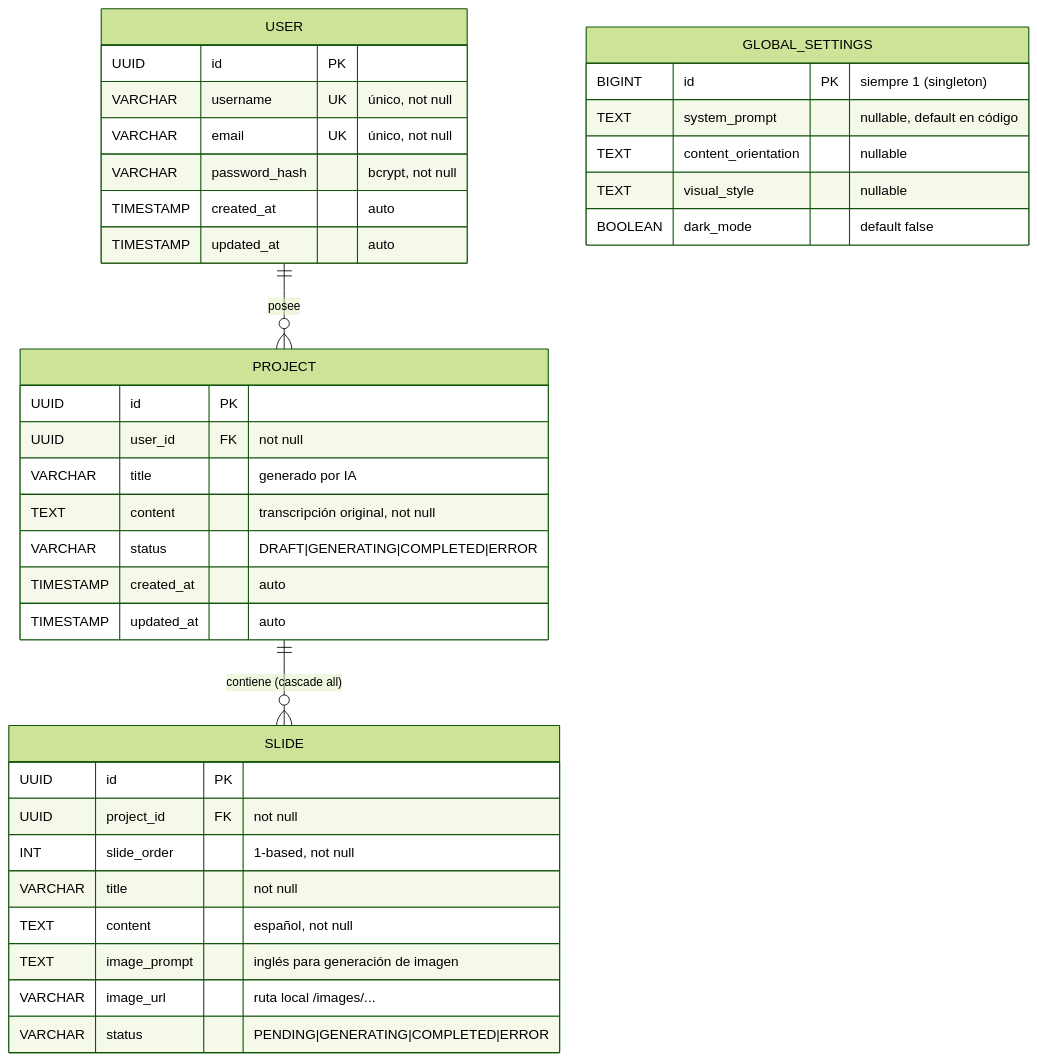
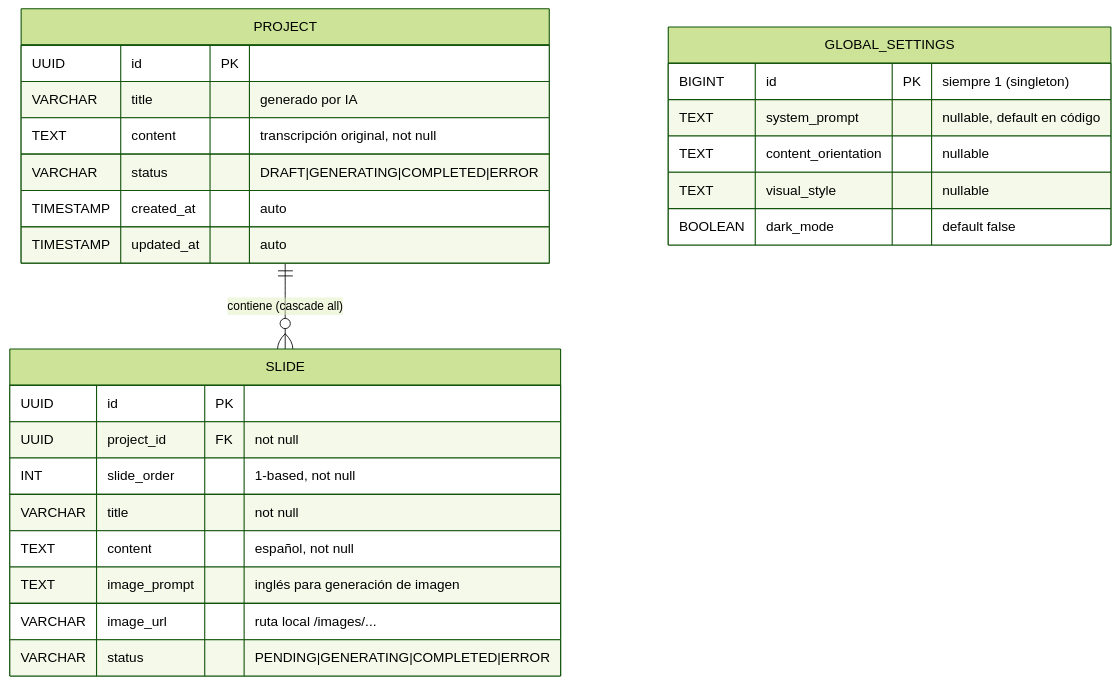
One commit to allenajd3/AI4Devs-finalproject changed the second of 2 diagrams in readme.md. Above: the diagram before and after it, drawn with Mermaid (forest theme). The commit also changed other lines of this file and 1 other file, not shown here.

````diff
--- a/readme.md
+++ b/readme.md
@@ -221,43 +310,32 @@
 ```mermaid
 erDiagram
-    USER {
-        UUID id PK
-        VARCHAR username UK "único, not null"
-        VARCHAR email UK "único, not null"
-        VARCHAR password_hash "bcrypt, not null"
-        TIMESTAMP created_at "auto"
-        TIMESTAMP updated_at "auto"
-    }
-
     PROJECT {
         UUID id PK
-        UUID user_id FK "not null"
         VARCHAR title "generado por IA"
         TEXT content "transcripción original, not null"
         VARCHAR status "DRAFT|GENERATING|COMPLETED|ERROR"
         TIMESTAMP created_at "auto"
         TIMESTAMP updated_at "auto"
     }
 
     SLIDE {
         UUID id PK
         UUID project_id FK "not null"
         INT slide_order "1-based, not null"
         VARCHAR title "not null"
         TEXT content "español, not null"
         TEXT image_prompt "inglés para generación de imagen"
         VARCHAR image_url "ruta local /images/..."
         VARCHAR status "PENDING|GENERATING|COMPLETED|ERROR"
     }
 
     GLOBAL_SETTINGS {
         BIGINT id PK "siempre 1 (singleton)"
         TEXT system_prompt "nullable, default en código"
         TEXT content_orientation "nullable"
         TEXT visual_style "nullable"
         BOOLEAN dark_mode "default false"
     }
 
-    USER ||--o{ PROJECT : "posee"
     PROJECT ||--o{ SLIDE : "contiene (cascade all)"
 ```
````
